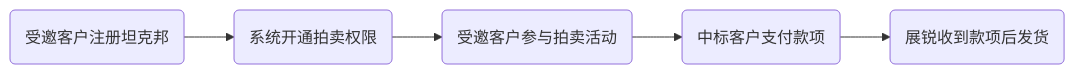
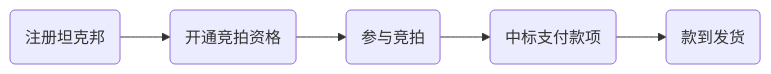
Before and after one commit to teckbond/teckbond.github.io: the diagram in docs/productauction.md, drawn with Mermaid. The commit also changed other lines of this file, not shown here.

Commit message:
update paimai info

````diff
--- a/docs/productauction.md
+++ b/docs/productauction.md
@@ -5,7 +5,7 @@
 ```mermaid
 graph LR
-A(受邀客户注册坦克邦) -->B(系统开通拍卖权限)
-    B --> C(受邀客户参与拍卖活动)
-    C --> D(中标客户支付款项)
-    D --> E(展锐收到款项后发货)
+A(注册坦克邦) -->B(开通竞拍资格)
+    B --> C(参与竞拍)
+    C --> D(中标支付款项)
+    D --> E(款到发货)
 ```
````
